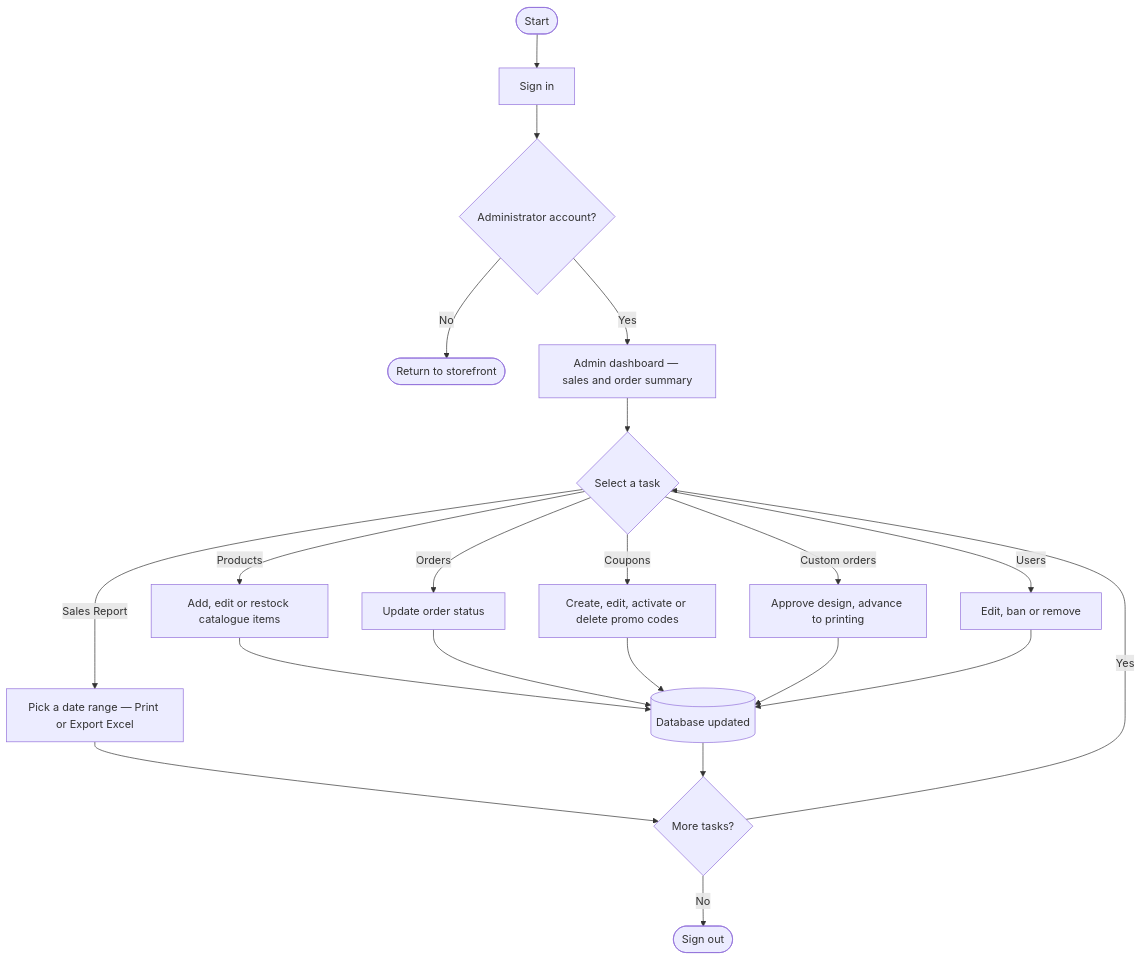
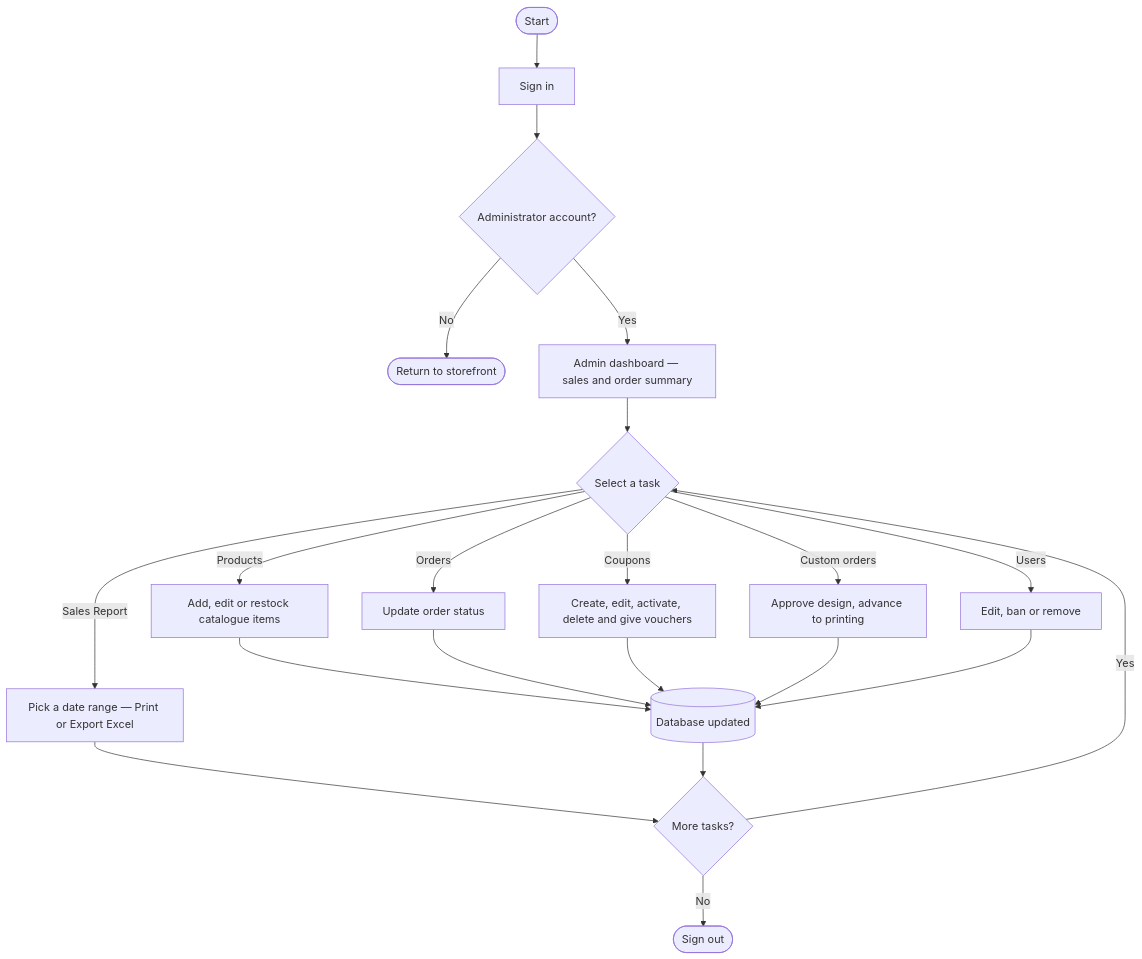
One commit to kurooo-san/THREAD-AND-PRESS-HUB changed the second of 4 diagrams in docs/SYSTEM_FLOWCHART.md. Above: the diagram before and after it, drawn with Mermaid. The commit also changed other lines of this file and 21 other files, not shown here.

````diff
--- a/docs/SYSTEM_FLOWCHART.md
+++ b/docs/SYSTEM_FLOWCHART.md
@@ -67,23 +67,23 @@
 ```mermaid
 flowchart TD
     A(["Start"]) --> B["Sign in"]
     B --> C{"Administrator account?"}
     C -- "No" --> D(["Return to storefront"])
     C -- "Yes" --> E["Admin dashboard — sales and order summary"]
     E --> F{"Select a task"}
     F -- "Products" --> G["Add, edit or restock catalogue items"]
     F -- "Orders" --> H["Update order status"]
-    F -- "Coupons" --> I["Create, edit, activate or delete promo codes"]
+    F -- "Coupons" --> I["Create, edit, activate, delete and give vouchers"]
     F -- "Sales Report" --> J["Pick a date range — Print or Export Excel"]
     F -- "Custom orders" --> L["Approve design, advance to printing"]
     F -- "Users" --> M["Edit, ban or remove"]
     G --> N[("Database updated")]
     H --> N
     I --> N
     J --> O
     L --> N
     M --> N
     N --> O{"More tasks?"}
     O -- "Yes" --> F
     O -- "No" --> P(["Sign out"])
 ```
````
